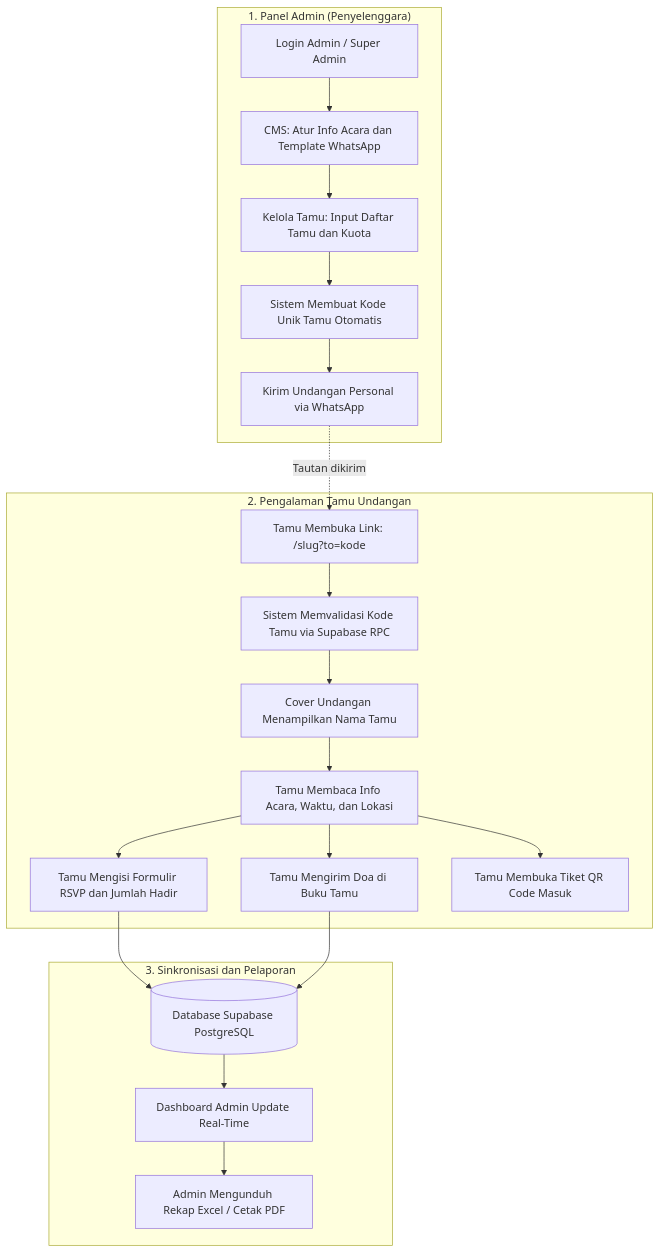
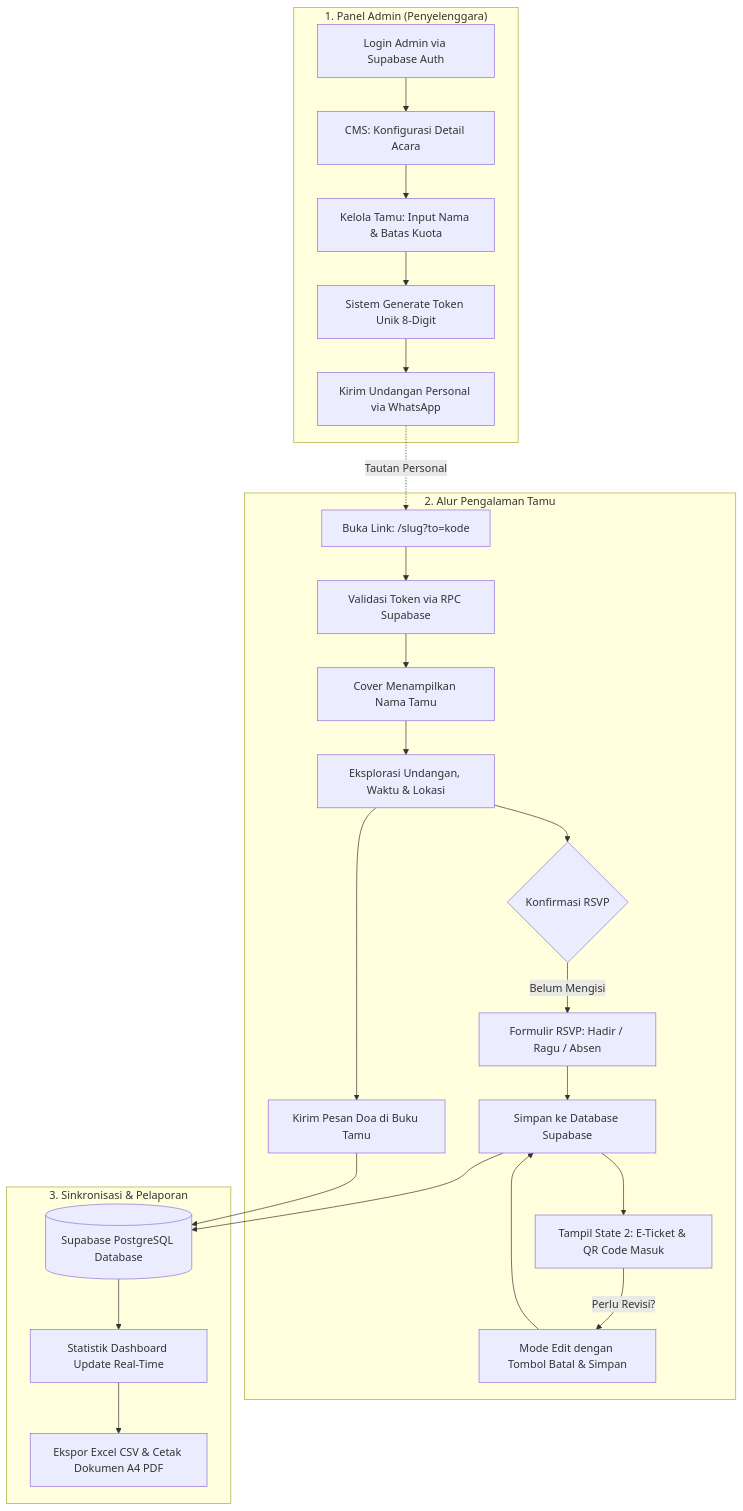
The first of 3 diagrams in README.md (fortin0o/Digital_Invitation), drawn with Mermaid before and after one commit. The commit also changed other lines of this file and 7 other files, not shown here.

````diff
--- a/README.md
+++ b/README.md
@@ -110,25 +153,29 @@
 ```mermaid
 flowchart TD
     subgraph Admin_Workflow["1. Panel Admin (Penyelenggara)"]
-        A[Login Admin / Super Admin] --> B[CMS: Atur Info Acara dan Template WhatsApp]
-        B --> C[Kelola Tamu: Input Daftar Tamu dan Kuota]
-        C --> D[Sistem Membuat Kode Unik Tamu Otomatis]
+        A[Login Admin via Supabase Auth] --> B[CMS: Konfigurasi Detail Acara]
+        B --> C[Kelola Tamu: Input Nama & Batas Kuota]
+        C --> D[Sistem Generate Token Unik 8-Digit]
         D --> E[Kirim Undangan Personal via WhatsApp]
     end
 
-    subgraph Guest_Workflow["2. Pengalaman Tamu Undangan"]
-        E -. Tautan dikirim .-> F[Tamu Membuka Link: /slug?to=kode]
-        F --> G[Sistem Memvalidasi Kode Tamu via Supabase RPC]
-        G --> H[Cover Undangan Menampilkan Nama Tamu]
-        H --> I[Tamu Membaca Info Acara, Waktu, dan Lokasi]
-        I --> J[Tamu Mengisi Formulir RSVP dan Jumlah Hadir]
-        I --> K[Tamu Mengirim Doa di Buku Tamu]
-        I --> L[Tamu Membuka Tiket QR Code Masuk]
+    subgraph Guest_Workflow["2. Alur Pengalaman Tamu"]
+        E -. Tautan Personal .-> F[Buka Link: /slug?to=kode]
+        F --> G[Validasi Token via RPC Supabase]
+        G --> H[Cover Menampilkan Nama Tamu]
+        H --> I[Eksplorasi Undangan, Waktu & Lokasi]
+        I --> J{Konfirmasi RSVP}
+        J -- Belum Mengisi --> K[Formulir RSVP: Hadir / Ragu / Absen]
+        K --> L[Simpan ke Database Supabase]
+        L --> M[Tampil State 2: E-Ticket & QR Code Masuk]
+        M -- Perlu Revisi? --> N[Mode Edit dengan Tombol Batal & Simpan]
+        N --> L
+        I --> O[Kirim Pesan Doa di Buku Tamu]
     end
 
-    subgraph Sync_Report["3. Sinkronisasi dan Pelaporan"]
-        J & K --> M[(Database Supabase PostgreSQL)]
-        M --> N[Dashboard Admin Update Real-Time]
-        N --> O[Admin Mengunduh Rekap Excel / Cetak PDF]
+    subgraph Sync_Report["3. Sinkronisasi & Pelaporan"]
+        L & O --> P[(Supabase PostgreSQL Database)]
+        P --> Q[Statistik Dashboard Update Real-Time]
+        Q --> R[Ekspor Excel CSV & Cetak Dokumen A4 PDF]
     end
 ```
````
